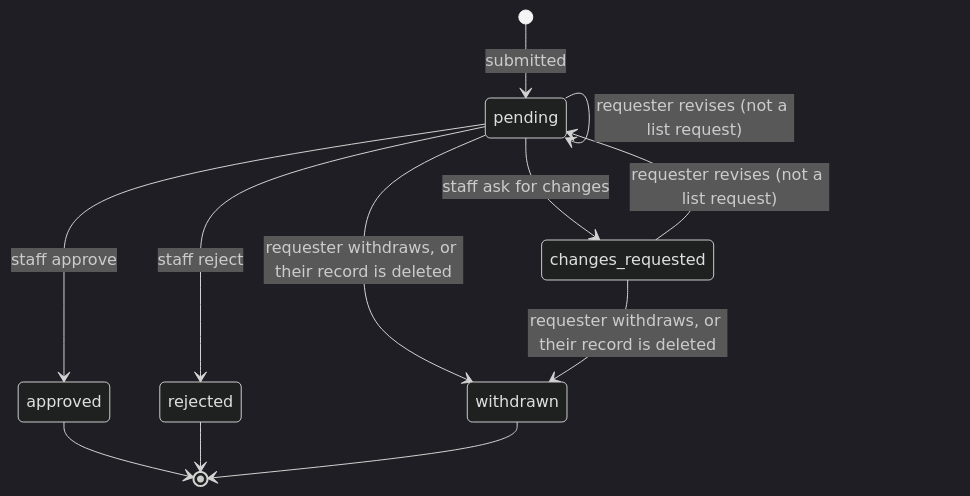
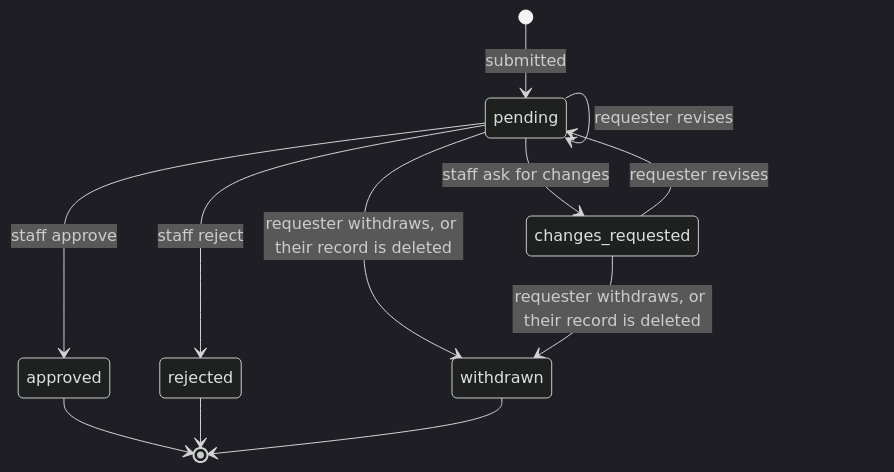
The third of 9 diagrams in apps/web/docs/diagrams/profiles-and-bookings.md (cutenode/localnetwork), drawn with Mermaid (dark theme) before and after one commit. The commit also changed other lines of this file and 8 other files, not shown here.

First line of the commit message:
docs(web): bring the diagrams in line with the code

````diff
--- a/apps/web/docs/diagrams/profiles-and-bookings.md
+++ b/apps/web/docs/diagrams/profiles-and-bookings.md
@@ -67,14 +67,14 @@
 ```mermaid
 stateDiagram-v2
   [*] --> pending: submitted
-  pending --> pending: requester revises (not a list request)
+  pending --> pending: requester revises
   pending --> approved: staff approve
   pending --> rejected: staff reject
   pending --> changes_requested: staff ask for changes
-  changes_requested --> pending: requester revises (not a list request)
+  changes_requested --> pending: requester revises
   pending --> withdrawn: requester withdraws, or their record is deleted
   changes_requested --> withdrawn: requester withdraws, or their record is deleted
   approved --> [*]
   rejected --> [*]
   withdrawn --> [*]
 ```
````
